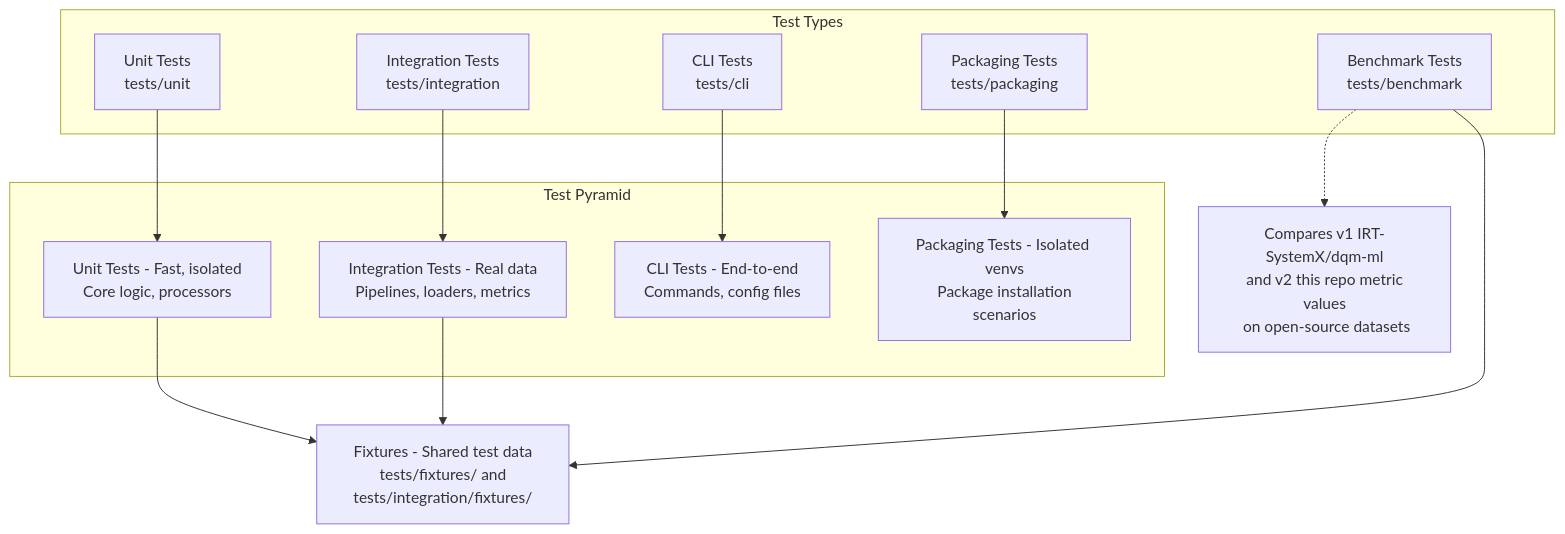
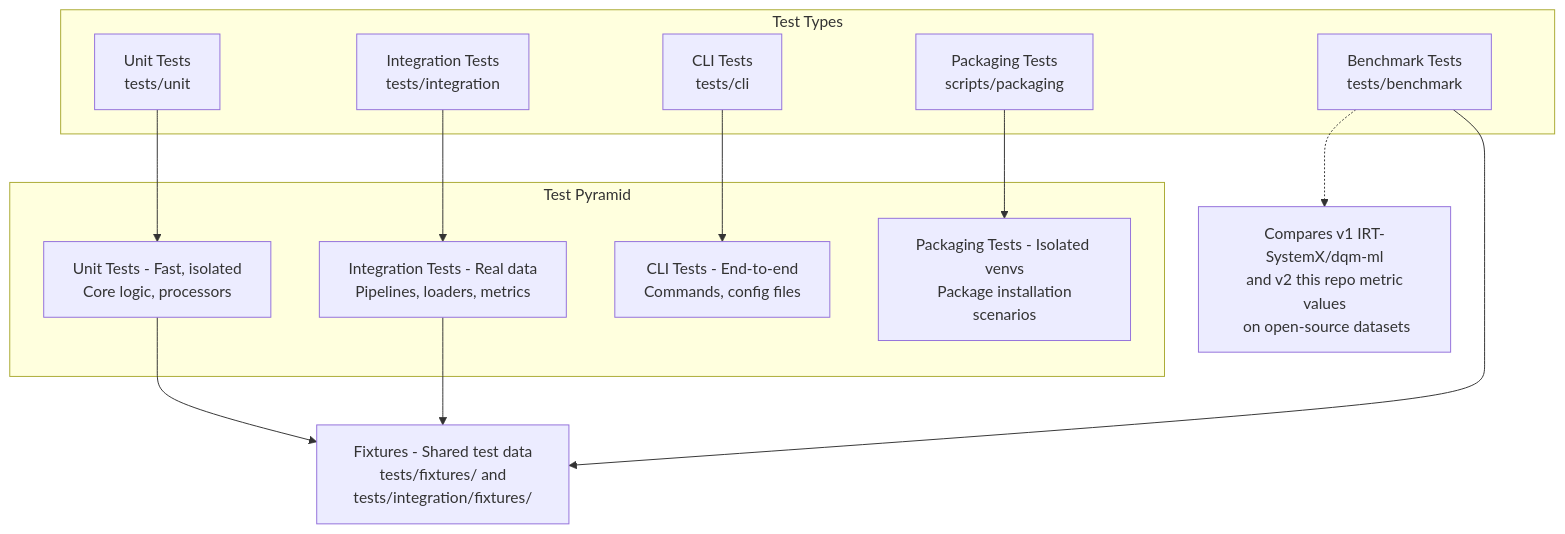
One commit to Safenai/dqm-ml-workspace changed the diagram in docs/testing.md. Above: the diagram before and after it, drawn with Mermaid. The commit also changed other lines of this file and 22 other files, not shown here.

First line of the commit message:
refactor: consolidate packaging tests into scripts/packaging/

````diff
--- a/docs/testing.md
+++ b/docs/testing.md
@@ -7,31 +7,31 @@
 ```mermaid
 flowchart TB
 
     subgraph "Test Types"
   
         U[Unit Tests\n tests/unit]
         I[Integration Tests\n tests/integration]
         C[CLI Tests\n tests/cli]
-        P[Packaging Tests\n tests/packaging]
+        P[Packaging Tests\n scripts/packaging]
         B[Benchmark Tests\n tests/benchmark]
     end
     
     subgraph "Test Pyramid"
         TP[Unit Tests - Fast, isolated\n Core logic, processors]
         TI[Integration Tests - Real data\n Pipelines, loaders, metrics]
         TC[CLI Tests - End-to-end\n Commands, config files]
         PP[Packaging Tests - Isolated venvs\n Package installation scenarios]
     end
     
     U --> TP
     I --> TI
     C --> TC
     P --> PP
 
     F[Fixtures - Shared test data\n tests/fixtures/ and tests/integration/fixtures/]
     TP --> F
     TI --> F
     B --> F
 
     B -.-> BN[Compares v1 IRT-SystemX/dqm-ml\n and v2 this repo metric values\n on open-source datasets]
 ```
````
